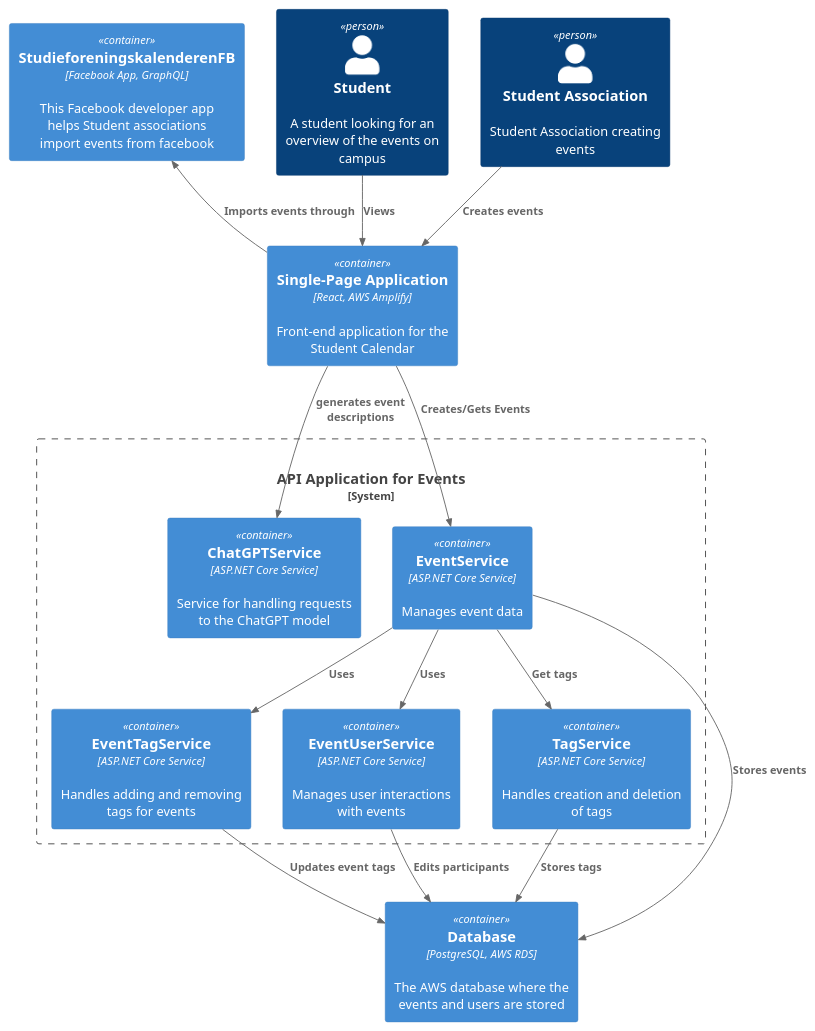
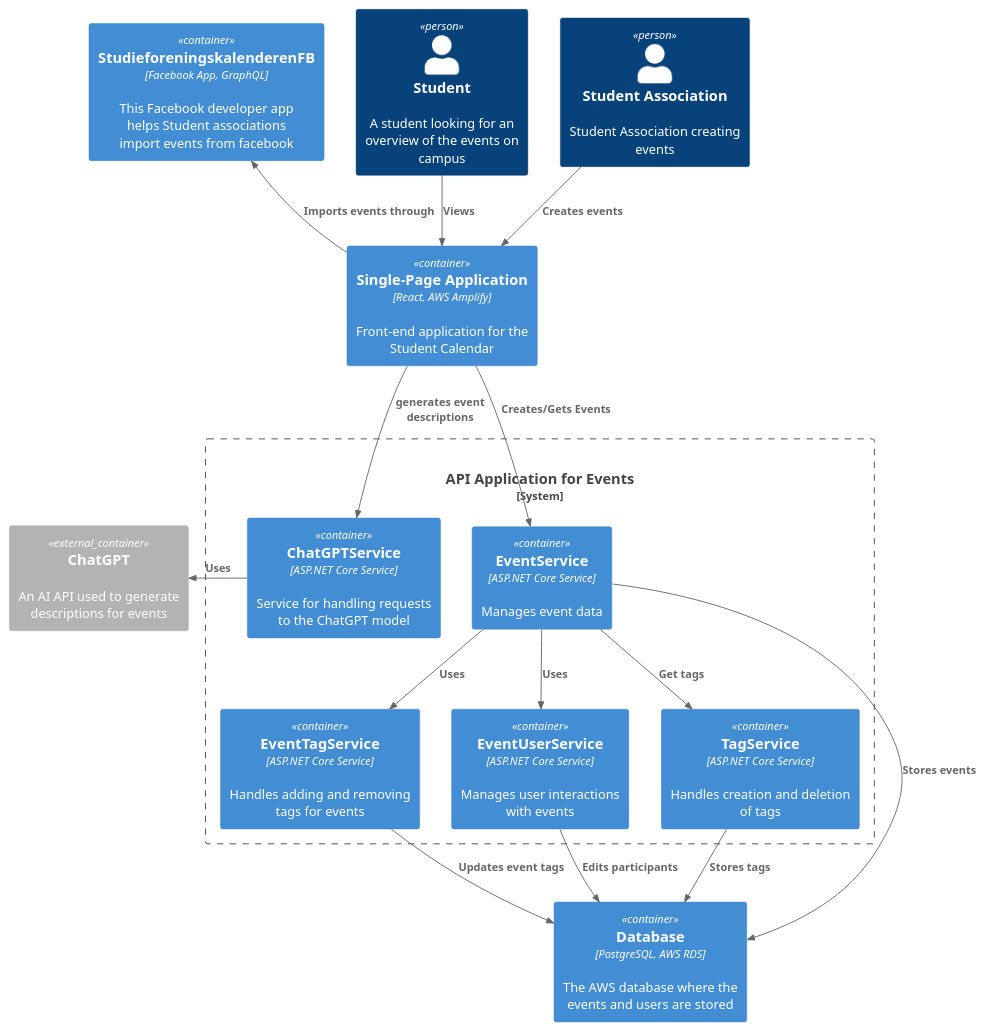
The diagram in C4/C4_C3_BE1.puml (oscarboe/Studieforeningskalender_Front_end), drawn with PlantUML before and after one commit.

```diff
--- a/C4/C4_C3_BE1.puml
+++ b/C4/C4_C3_BE1.puml
@@ -1,31 +1,33 @@
 @startuml Event_Related_Services
 !include https://raw.githubusercontent.com/plantuml-stdlib/C4-PlantUML/master/C4_Container.puml
 
 Person(stud, "Student", "A student looking for an overview of the events on campus")
 Person(asso, "Student Association", "Student Association creating events")
 Container(facebook, "StudieforeningskalenderenFB", "Facebook App, GraphQL", "This Facebook developer app helps Student associations import events from facebook")
 Container(fr, "Single-Page Application", "React, AWS Amplify", "Front-end application for the Student Calendar")
 Container(db, "Database", "PostgreSQL, AWS RDS", "The AWS database where the events and users are stored")
+Container_Ext(chat, "ChatGPT", "", "An AI API used to generate descriptions for events")
 
 System_Boundary(be_events, "API Application for Events", "ASP.NET Core, AWS Elastic Beanstalk", "Back-end API segment handling all event-related functionalities") {
     Container(ChatGPTService, "ChatGPTService", "ASP.NET Core Service", "Service for handling requests to the ChatGPT model")
     Container(EventService, "EventService", "ASP.NET Core Service", "Manages event data")
     Container(EventTagService, "EventTagService", "ASP.NET Core Service", "Handles adding and removing tags for events")
     Container(EventUserService, "EventUserService", "ASP.NET Core Service", "Manages user interactions with events")
     Container(TagService, "TagService", "ASP.NET Core Service", "Handles creation and deletion of tags")
 }
 
 Rel(stud, fr, "Views")
 Rel(asso, fr, "Creates events")
 Rel(EventService, db, "Stores events")
 Rel(EventUserService, db, "Edits participants")
 Rel(EventTagService, db, "Updates event tags")
 Rel(TagService, db, "Stores tags")
 Rel_U(fr,facebook,"Imports events through")
 Rel(fr,ChatGPTService, "generates event descriptions")
+Rel_L(ChatGPTService, chat, "Uses")
 
 Rel(fr, EventService, "Creates/Gets Events")
 Rel(EventService, TagService, "Get tags")
 Rel(EventService, EventTagService, "Uses")
 Rel(EventService, EventUserService, "Uses")
 @enduml
```
